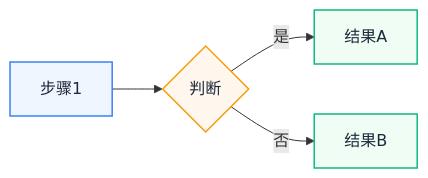
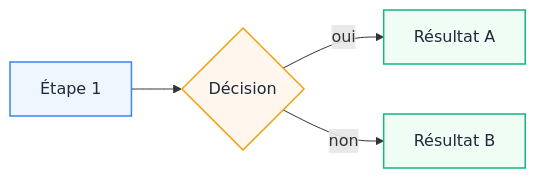
One commit to bigleon2/KNOWLEDGE changed diagram 12 of 15 in skills/PM skills/charts/references/mermaid.md. Above: the diagram before and after it, drawn with Mermaid. The commit also changed other lines of this file and 35 other files, not shown here.

````diff
--- a/skills/PM skills/charts/references/mermaid.md
+++ b/skills/PM skills/charts/references/mermaid.md
@@ -698,10 +698,10 @@
 ```mermaid
 flowchart LR
     classDef blue fill:#EFF6FF,stroke:#3B82F6,stroke-width:1.5px,color:#1E293B
     classDef green fill:#F0FDF4,stroke:#10B981,stroke-width:1.5px,color:#1E293B
     classDef amber fill:#FFF7ED,stroke:#F59E0B,stroke-width:1.5px,color:#1E293B
 
-    A[步骤1]:::blue --> B{判断}:::amber
-    B -->|是| C[结果A]:::green
-    B -->|否| D[结果B]:::green
+    A[Étape 1]:::blue --> B{Décision}:::amber
+    B -->|oui| C[Résultat A]:::green
+    B -->|non| D[Résultat B]:::green
 ```
````
